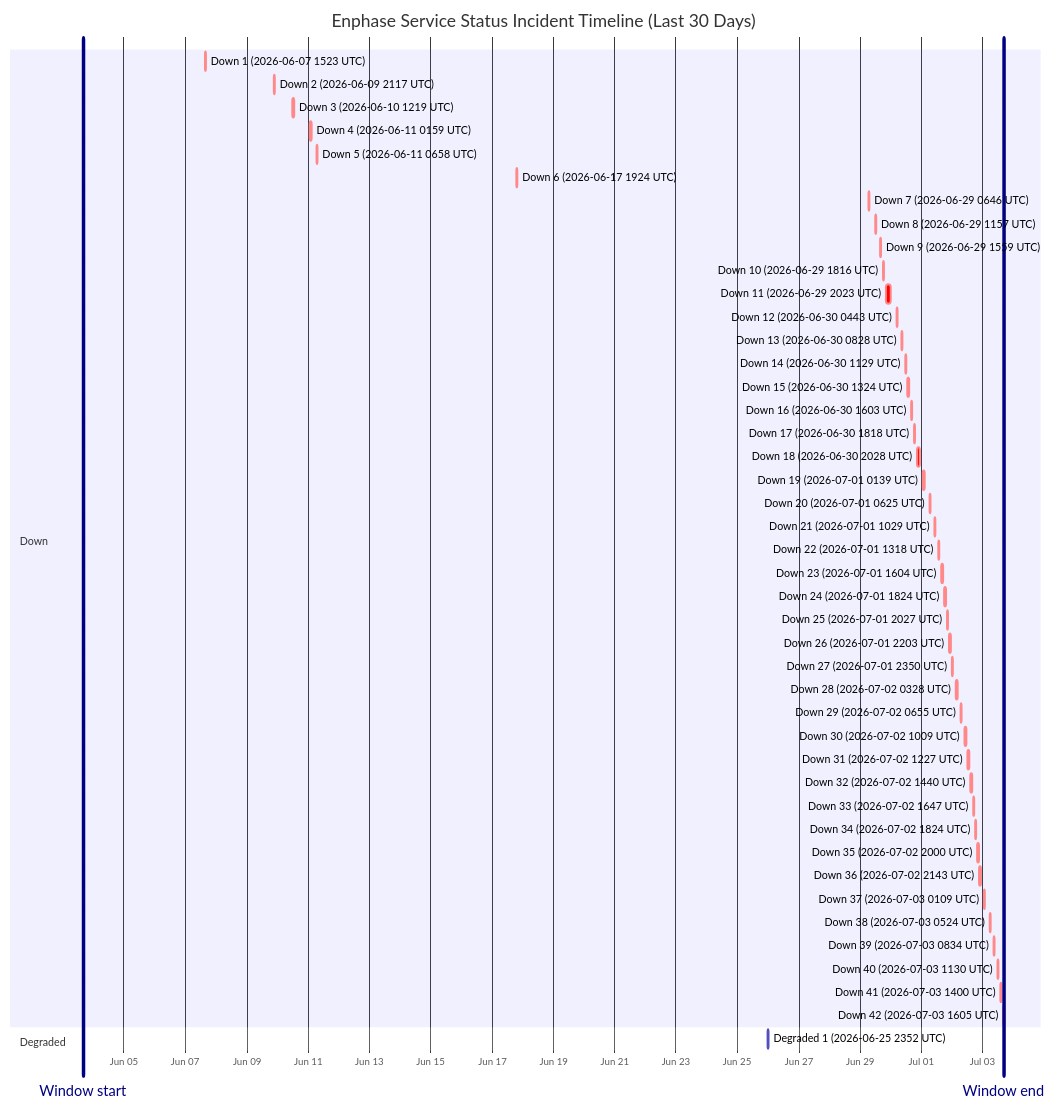
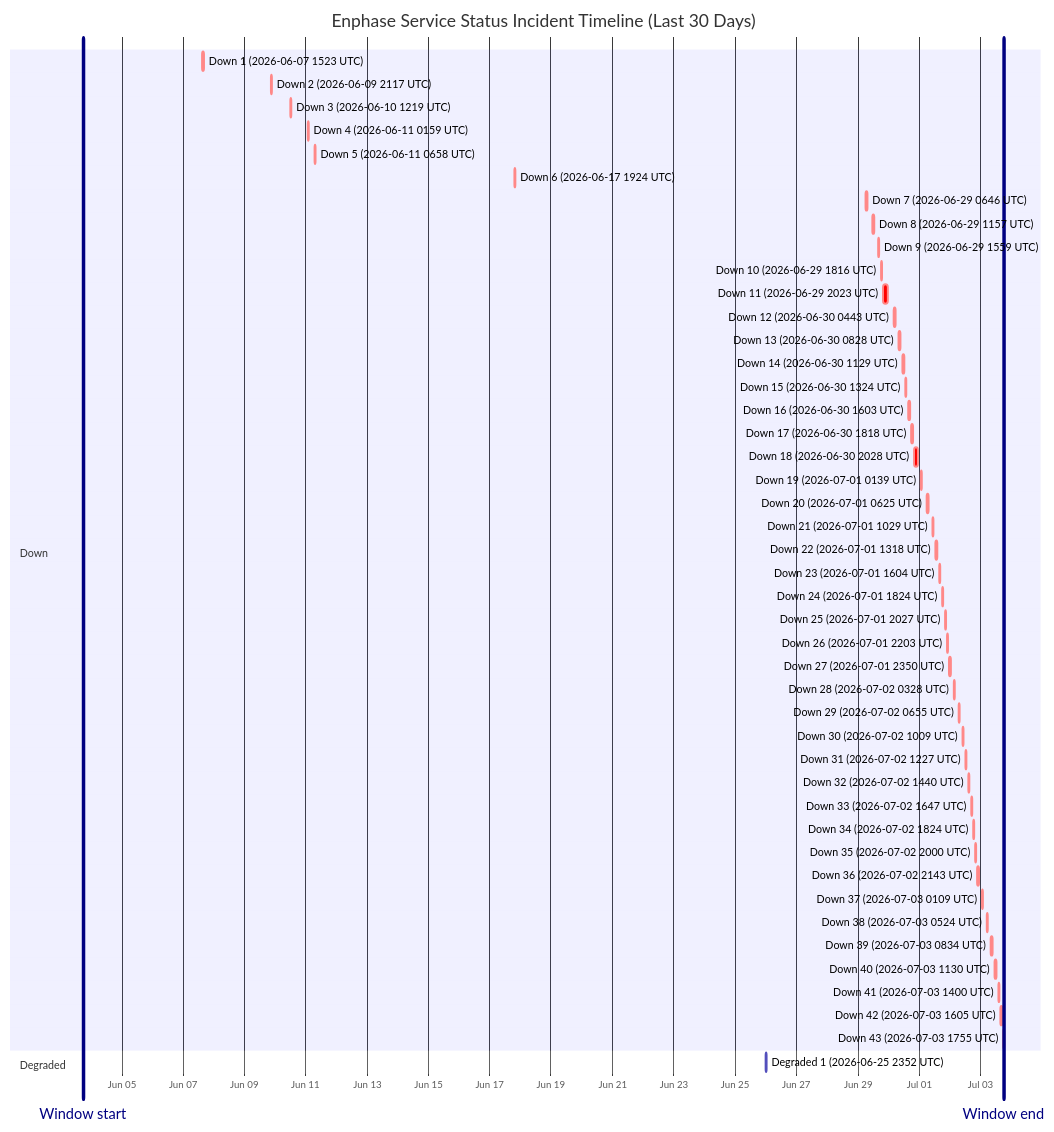
One commit to barneyonline/ha-enphase-energy changed the diagram in wiki/Service-Status-History.md. Above: the diagram before and after it, drawn with Mermaid. The commit also changed other lines of this file and 3 other files, not shown here.

````diff
--- a/wiki/Service-Status-History.md
+++ b/wiki/Service-Status-History.md
@@ -14,53 +14,54 @@
 ```mermaid
 gantt
     title Enphase Service Status Incident Timeline (Last 30 Days)
     dateFormat  YYYY-MM-DDTHH:mm:ss
     axisFormat  %b %d
-    Window start :vert, window-start, 2026-06-03T16:05:49, 0ms
-    Window end :vert, window-end, 2026-07-03T16:05:49, 0ms
+    Window start :vert, window-start, 2026-06-03T17:55:54, 0ms
+    Window end :vert, window-end, 2026-07-03T17:55:54, 0ms
     section Down
     Down 1 (2026-06-07 1523 UTC) :crit, down-1, 2026-06-07T15:23:22, 87m
     Down 2 (2026-06-09 2117 UTC) :crit, down-2, 2026-06-09T21:17:17, 60m
     Down 3 (2026-06-10 1219 UTC) :crit, down-3, 2026-06-10T12:19:21, 60m
     Down 4 (2026-06-11 0159 UTC) :crit, down-4, 2026-06-11T01:59:36, 60m
     Down 5 (2026-06-11 0658 UTC) :crit, down-5, 2026-06-11T06:58:45, 60m
     Down 6 (2026-06-17 1924 UTC) :crit, down-6, 2026-06-17T19:24:51, 60m
     Down 7 (2026-06-29 0646 UTC) :crit, down-7, 2026-06-29T06:46:18, 60m
     Down 8 (2026-06-29 1157 UTC) :crit, down-8, 2026-06-29T11:57:36, 60m
     Down 9 (2026-06-29 1559 UTC) :crit, down-9, 2026-06-29T15:59:02, 60m
     Down 10 (2026-06-29 1816 UTC) :crit, down-10, 2026-06-29T18:16:38, 60m
     Down 11 (2026-06-29 2023 UTC) :crit, down-11, 2026-06-29T20:23:16, 220m
     Down 12 (2026-06-30 0443 UTC) :crit, down-12, 2026-06-30T04:43:54, 60m
     Down 13 (2026-06-30 0828 UTC) :crit, down-13, 2026-06-30T08:28:43, 60m
     Down 14 (2026-06-30 1129 UTC) :crit, down-14, 2026-06-30T11:29:15, 60m
     Down 15 (2026-06-30 1324 UTC) :crit, down-15, 2026-06-30T13:24:25, 60m
     Down 16 (2026-06-30 1603 UTC) :crit, down-16, 2026-06-30T16:03:26, 60m
     Down 17 (2026-06-30 1818 UTC) :crit, down-17, 2026-06-30T18:18:39, 60m
     Down 18 (2026-06-30 2028 UTC) :crit, down-18, 2026-06-30T20:28:54, 171m
     Down 19 (2026-07-01 0139 UTC) :crit, down-19, 2026-07-01T01:39:18, 60m
     Down 20 (2026-07-01 0625 UTC) :crit, down-20, 2026-07-01T06:25:35, 60m
     Down 21 (2026-07-01 1029 UTC) :crit, down-21, 2026-07-01T10:29:24, 60m
     Down 22 (2026-07-01 1318 UTC) :crit, down-22, 2026-07-01T13:18:31, 60m
     Down 23 (2026-07-01 1604 UTC) :crit, down-23, 2026-07-01T16:04:29, 60m
     Down 24 (2026-07-01 1824 UTC) :crit, down-24, 2026-07-01T18:24:21, 60m
     Down 25 (2026-07-01 2027 UTC) :crit, down-25, 2026-07-01T20:27:17, 60m
     Down 26 (2026-07-01 2203 UTC) :crit, down-26, 2026-07-01T22:03:46, 60m
     Down 27 (2026-07-01 2350 UTC) :crit, down-27, 2026-07-01T23:50:52, 60m
     Down 28 (2026-07-02 0328 UTC) :crit, down-28, 2026-07-02T03:28:33, 60m
     Down 29 (2026-07-02 0655 UTC) :crit, down-29, 2026-07-02T06:55:07, 60m
     Down 30 (2026-07-02 1009 UTC) :crit, down-30, 2026-07-02T10:09:15, 60m
     Down 31 (2026-07-02 1227 UTC) :crit, down-31, 2026-07-02T12:27:49, 60m
     Down 32 (2026-07-02 1440 UTC) :crit, down-32, 2026-07-02T14:40:53, 60m
     Down 33 (2026-07-02 1647 UTC) :crit, down-33, 2026-07-02T16:47:47, 60m
     Down 34 (2026-07-02 1824 UTC) :crit, down-34, 2026-07-02T18:24:26, 60m
     Down 35 (2026-07-02 2000 UTC) :crit, down-35, 2026-07-02T20:00:57, 60m
     Down 36 (2026-07-02 2143 UTC) :crit, down-36, 2026-07-02T21:43:52, 80m
     Down 37 (2026-07-03 0109 UTC) :crit, down-37, 2026-07-03T01:09:19, 60m
     Down 38 (2026-07-03 0524 UTC) :crit, down-38, 2026-07-03T05:24:23, 60m
     Down 39 (2026-07-03 0834 UTC) :crit, down-39, 2026-07-03T08:34:05, 60m
     Down 40 (2026-07-03 1130 UTC) :crit, down-40, 2026-07-03T11:30:41, 60m
     Down 41 (2026-07-03 1400 UTC) :crit, down-41, 2026-07-03T14:00:48, 60m
     Down 42 (2026-07-03 1605 UTC) :crit, down-42, 2026-07-03T16:05:49, 60m
+    Down 43 (2026-07-03 1755 UTC) :crit, down-43, 2026-07-03T17:55:54, 60m
     section Degraded
     Degraded 1 (2026-06-25 2352 UTC) :active, degraded-1, 2026-06-25T23:52:01, 60m
 ```
````
